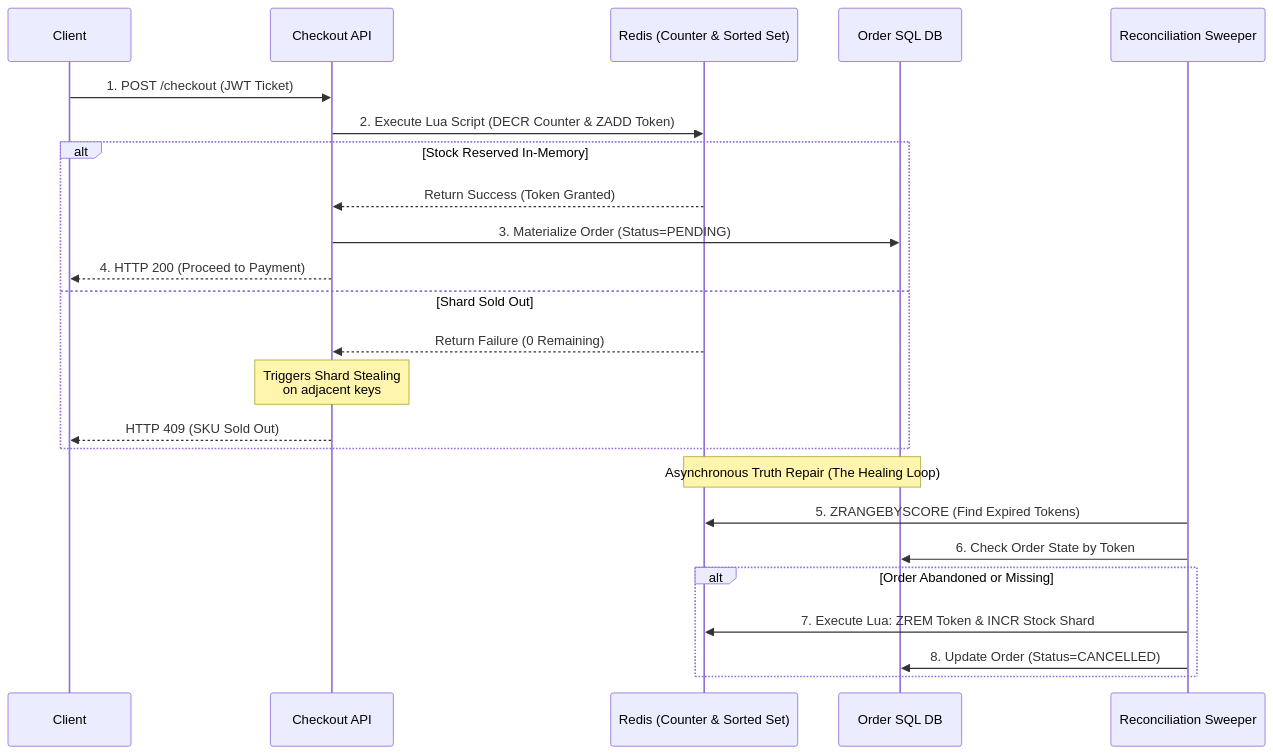
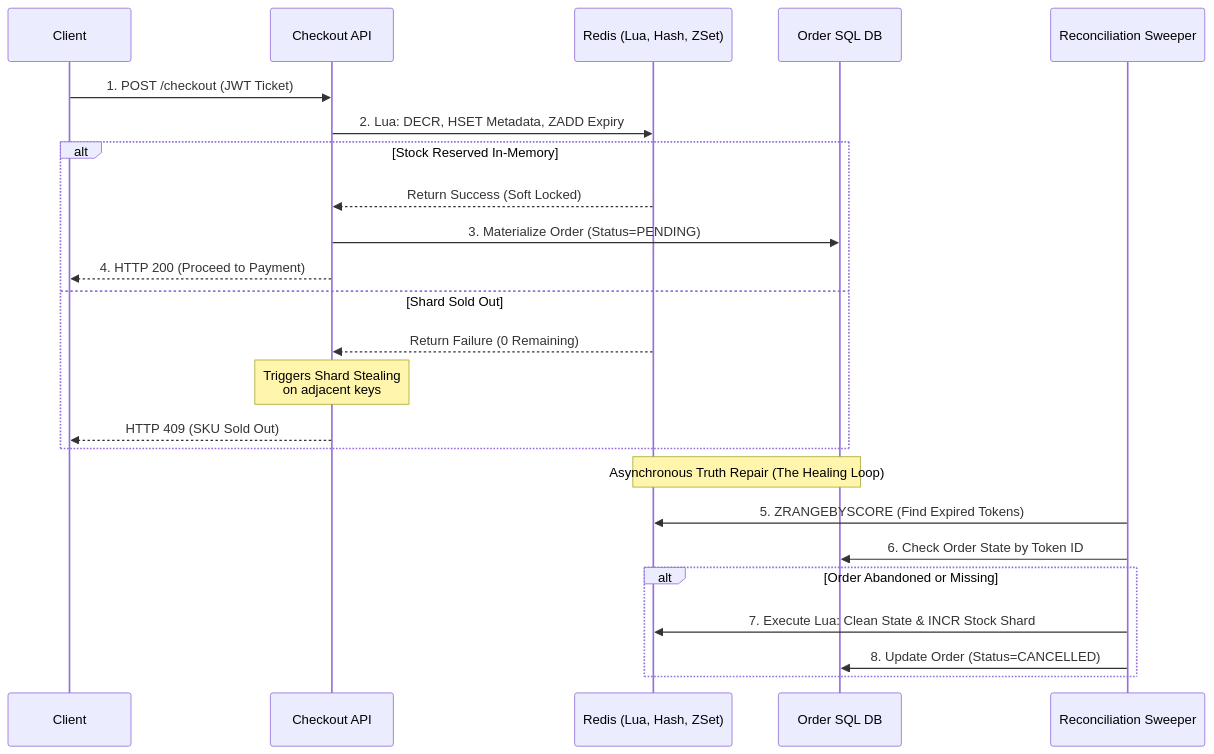
The diagram in content/posts/series_3/3.global_flash_sale_engine_inventory.md (tuanhiep/tuanhiep.github.io), drawn with Mermaid before and after one commit. The commit also changed other lines of this file, not shown here.

````diff
--- a/content/posts/series_3/3.global_flash_sale_engine_inventory.md
+++ b/content/posts/series_3/3.global_flash_sale_engine_inventory.md
@@ -152,30 +162,30 @@
 ```mermaid
 sequenceDiagram
     participant C as Client
     participant API as Checkout API
-    participant R as Redis (Counter & Sorted Set)
+    participant R as Redis (Lua, Hash, ZSet)
     participant DB as Order SQL DB
     participant W as Reconciliation Sweeper
 
     C->>API: 1. POST /checkout (JWT Ticket)
-    API->>R: 2. Execute Lua Script (DECR Counter & ZADD Token)
+    API->>R: 2. Lua: DECR, HSET Metadata, ZADD Expiry
     
     alt Stock Reserved In-Memory
-        R-->>API: Return Success (Token Granted)
+        R-->>API: Return Success (Soft Locked)
         API->>DB: 3. Materialize Order (Status=PENDING)
         API-->>C: 4. HTTP 200 (Proceed to Payment)
     else Shard Sold Out
         R-->>API: Return Failure (0 Remaining)
         Note over API: Triggers Shard Stealing<br/>on adjacent keys
         API-->>C: HTTP 409 (SKU Sold Out)
     end
 
     Note over R,DB: Asynchronous Truth Repair (The Healing Loop)
     W->>R: 5. ZRANGEBYSCORE (Find Expired Tokens)
-    W->>DB: 6. Check Order State by Token
+    W->>DB: 6. Check Order State by Token ID
     alt Order Abandoned or Missing
-        W->>R: 7. Execute Lua: ZREM Token & INCR Stock Shard
+        W->>R: 7. Execute Lua: Clean State & INCR Stock Shard
         W->>DB: 8. Update Order (Status=CANCELLED)
     end
 
 ```
````
